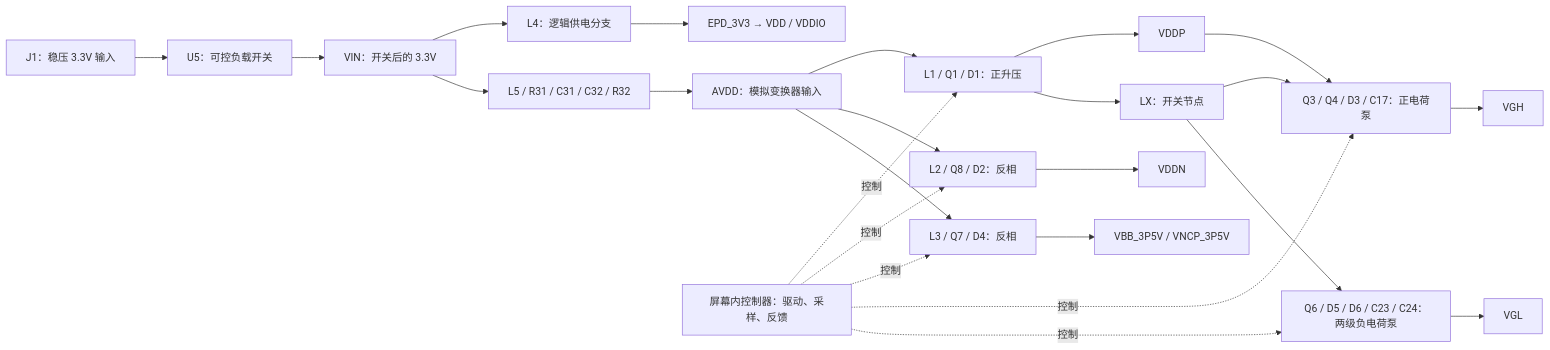
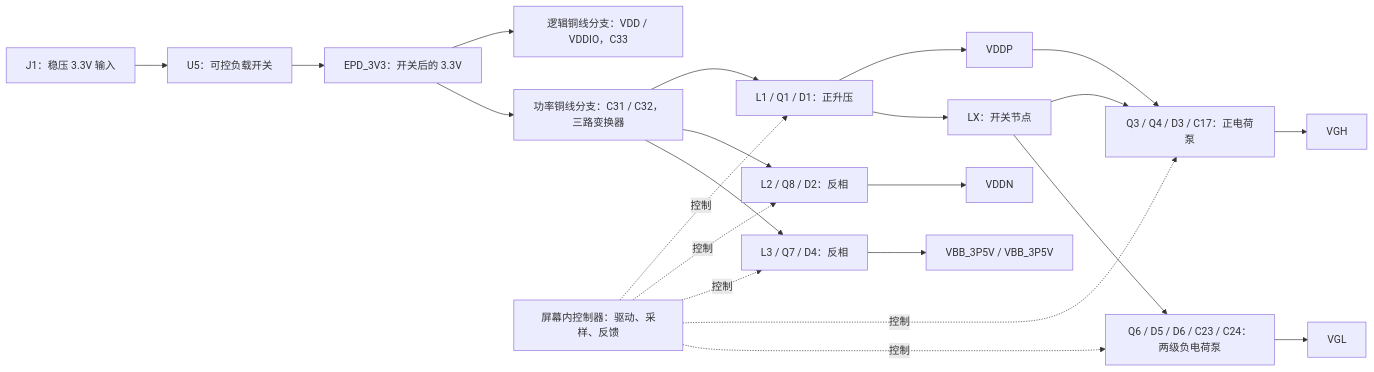
One commit to Rhys-Q/album changed the diagram in hardware/pcb/gdep133c02-driver/docs/power-circuit-explained.md. Above: the diagram before and after it, drawn with Mermaid. The commit also changed other lines of this file and 204 other files, not shown here.

````diff
--- a/hardware/pcb/gdep133c02-driver/docs/power-circuit-explained.md
+++ b/hardware/pcb/gdep133c02-driver/docs/power-circuit-explained.md
@@ -21,19 +21,19 @@
 ```mermaid
 flowchart LR
   J["J1：稳压 3.3V 输入"] --> S["U5：可控负载开关"]
-  S --> V["VIN：开关后的 3.3V"]
-  V --> B["L4：逻辑供电分支"] --> IO["EPD_3V3 → VDD / VDDIO"]
-  V --> A["L5 / R31 / C31 / C32 / R32"] --> AV["AVDD：模拟变换器输入"]
+  S --> V["EPD_3V3：开关后的 3.3V"]
+  V --> IO["逻辑铜线分支：VDD / VDDIO，C33"]
+  V --> AV["功率铜线分支：C31 / C32，三路变换器"]
   AV --> P["L1 / Q1 / D1：正升压"] --> VP[VDDP]
   AV --> N["L2 / Q8 / D2：反相"] --> VN[VDDN]
-  AV --> C["L3 / Q7 / D4：反相"] --> VB["VBB_3P5V / VNCP_3P5V"]
+  AV --> C["L3 / Q7 / D4：反相"] --> VB["VBB_3P5V / VBB_3P5V"]
   VP --> GP["Q3 / Q4 / D3 / C17：正电荷泵"] --> GH[VGH]
   P --> LX["LX：开关节点"]
   LX --> GP
   LX --> GN["Q6 / D5 / D6 / C23 / C24：两级负电荷泵"] --> GL[VGL]
   CTRL["屏幕内控制器：驱动、采样、反馈"] -.控制.-> P
   CTRL -.控制.-> N
   CTRL -.控制.-> C
   CTRL -.控制.-> GP
   CTRL -.控制.-> GN
 ```
````
